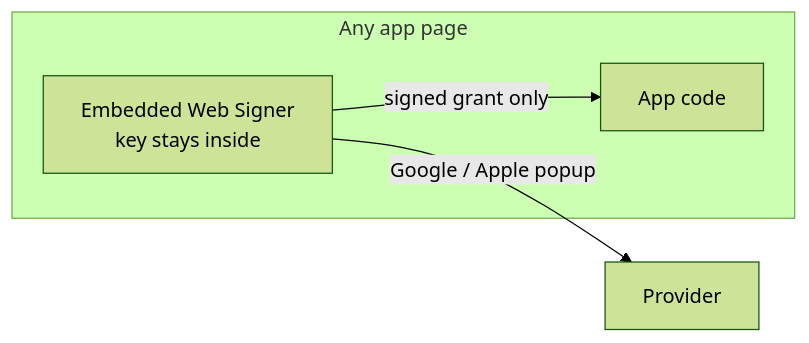
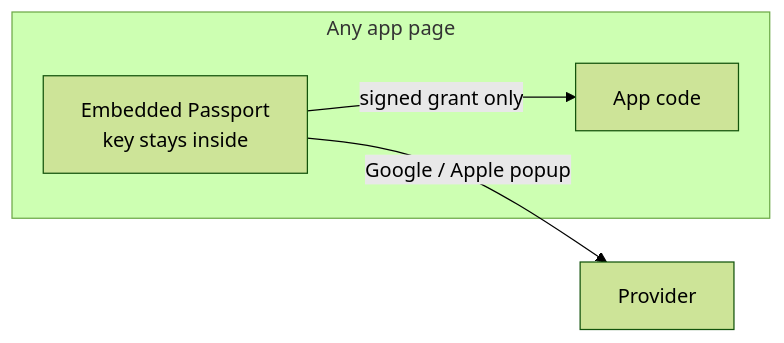
One commit to pubky/pubky-passport changed the fifth of 5 diagrams in docs/rfc/0001-signers-and-accounts.md. Above: the diagram before and after it, drawn with Mermaid (forest theme). The commit also changed other lines of this file, not shown here.

Commit message:
docs(rfc): call the Web Signer Passport

````diff
--- a/docs/rfc/0001-signers-and-accounts.md
+++ b/docs/rfc/0001-signers-and-accounts.md
@@ -160,9 +160,9 @@
 ```mermaid
 flowchart LR
     subgraph Page["Any app page"]
         AppCode["App code"]
-        Frame["Embedded Web Signer<br/>key stays inside"]
+        Frame["Embedded Passport<br/>key stays inside"]
     end
     Frame -- "Google / Apple popup" --> Prov["Provider"]
     Frame -- "signed grant only" --> AppCode
 ```
````
